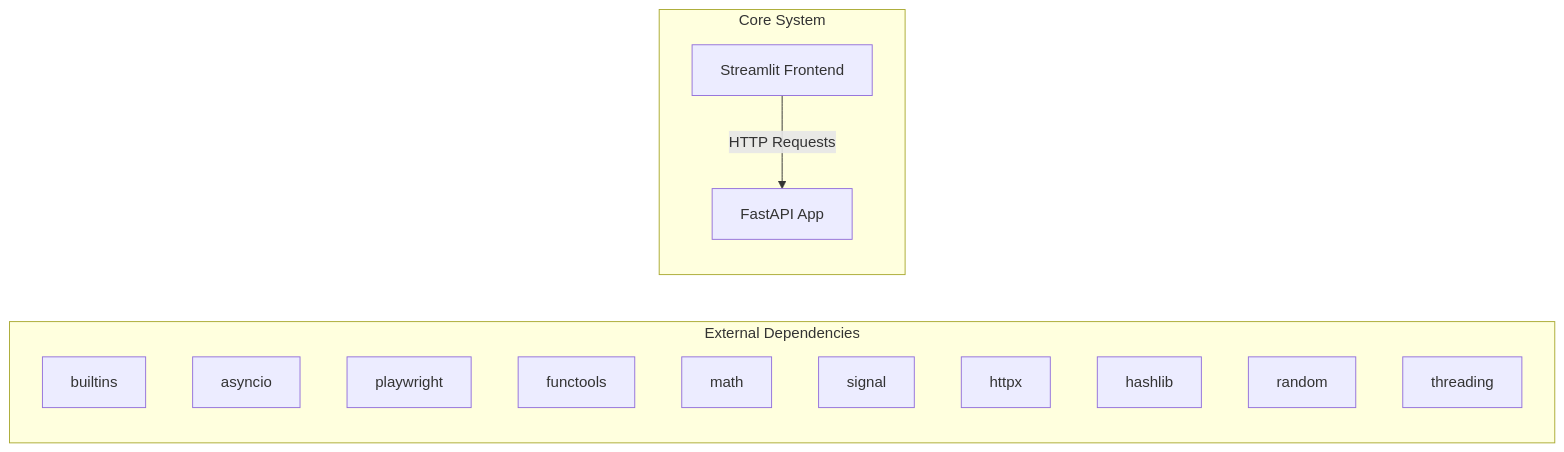
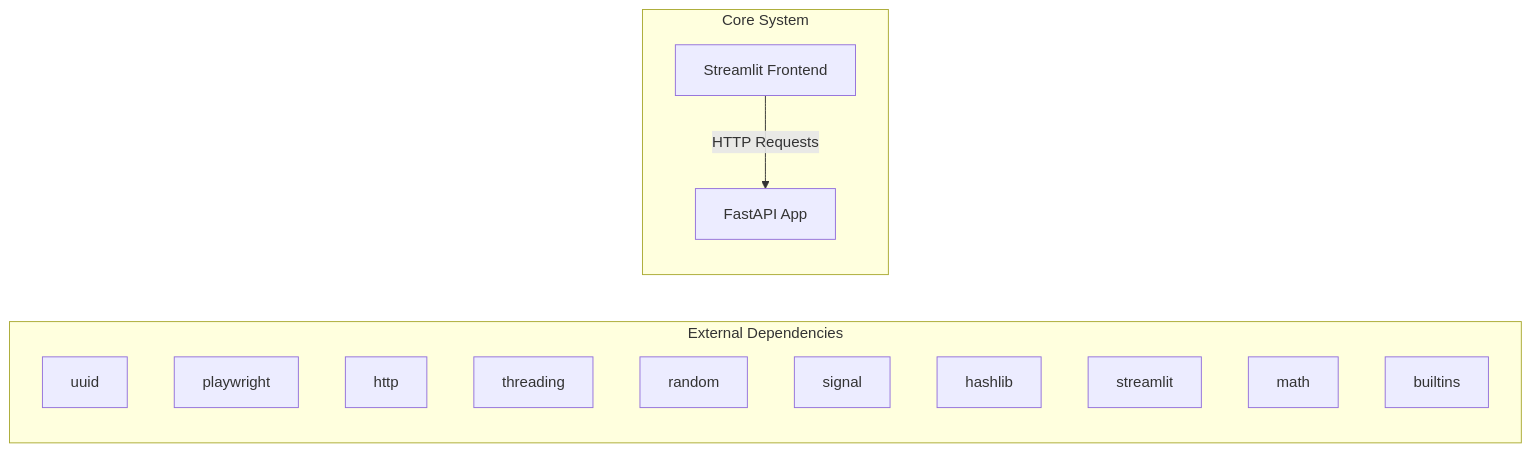
Before and after one commit to NITISH-R-G/rag-context-optimizer: the first of 2 diagrams in docs/architecture.md, drawn with Mermaid. The commit also changed 1 other file, not shown here.

Commit message:
docs: auto-update repository knowledge, architecture diagrams, and documentation

````diff
--- a/docs/architecture.md
+++ b/docs/architecture.md
@@ -7,20 +7,20 @@
 ```mermaid
 graph LR
     subgraph External Dependencies
-        E0["builtins"]
-        E1["asyncio"]
-        E2["playwright"]
-        E3["functools"]
-        E4["math"]
+        E0["uuid"]
+        E1["playwright"]
+        E2["http"]
+        E3["threading"]
+        E4["random"]
         E5["signal"]
-        E6["httpx"]
-        E7["hashlib"]
-        E8["random"]
-        E9["threading"]
+        E6["hashlib"]
+        E7["streamlit"]
+        E8["math"]
+        E9["builtins"]
     end
     subgraph Core System
         API["FastAPI App"]
         UI["Streamlit Frontend"]
     end
     UI -->|HTTP Requests| API
 ```
````
